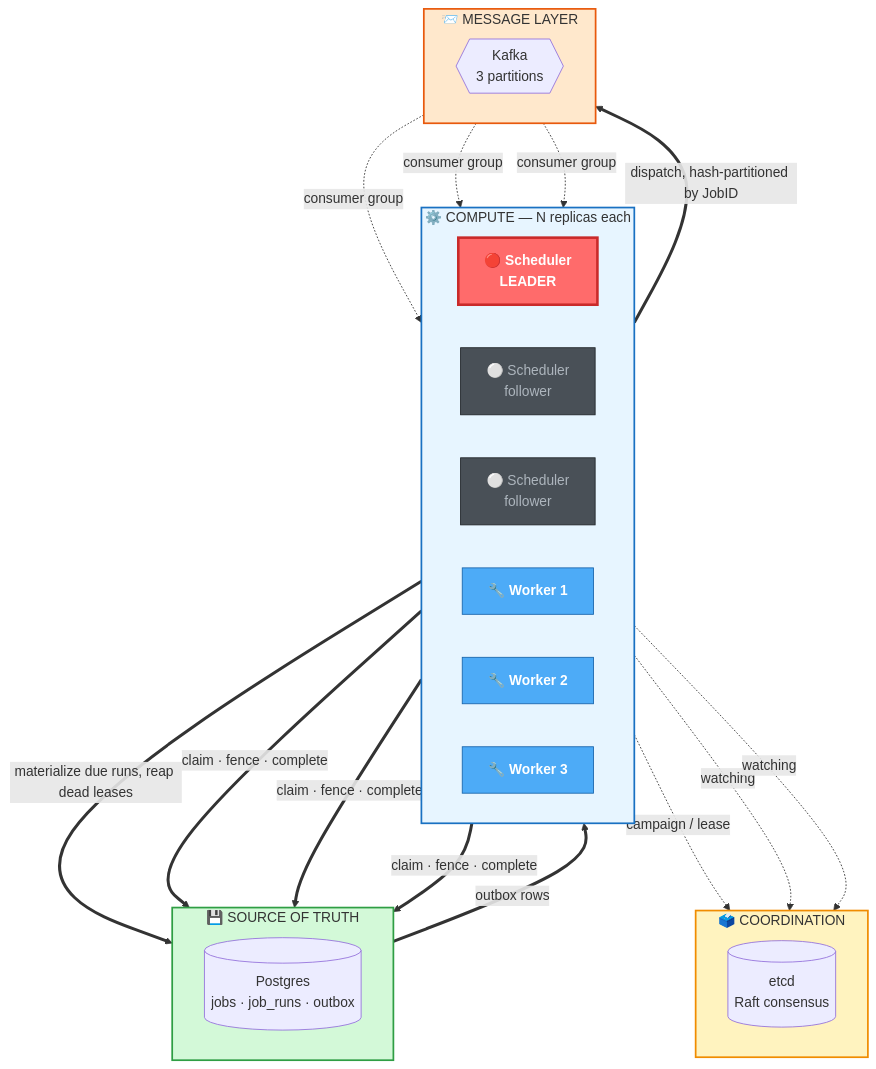
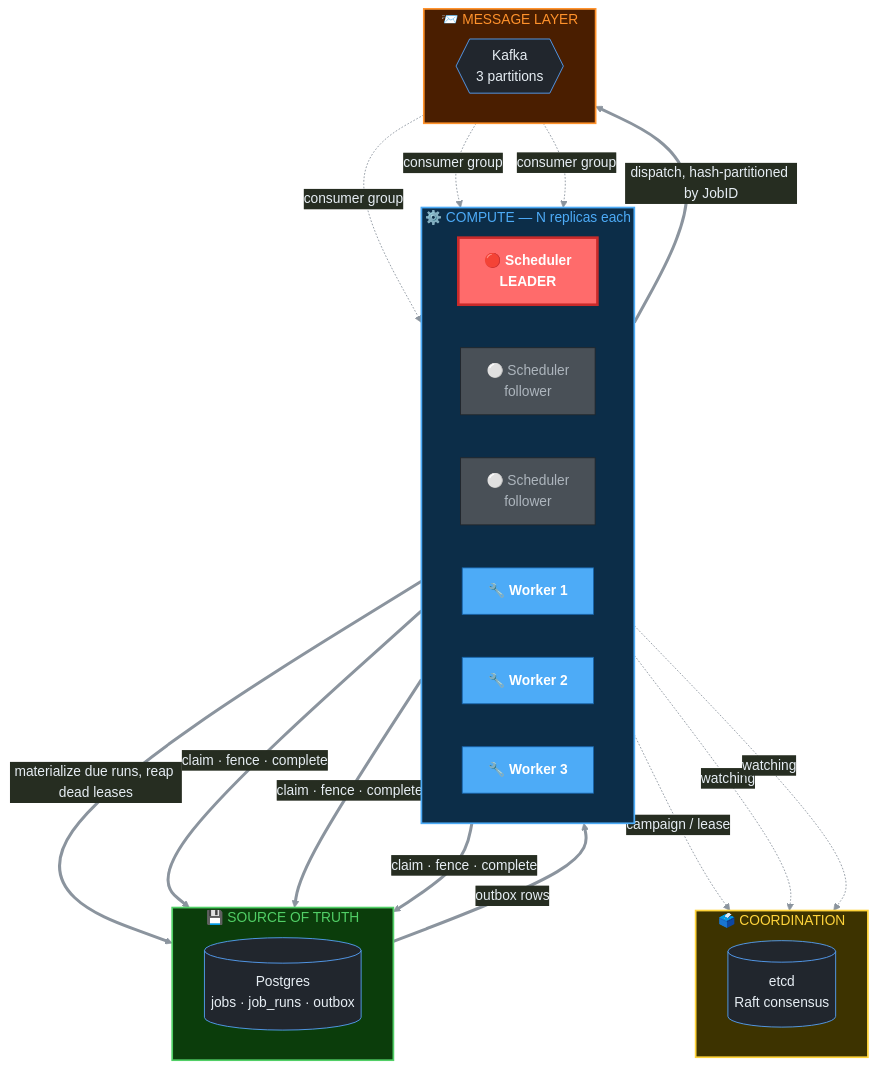
The first of 5 diagrams in README.md (VaibhavDangaich/Orbit), drawn with Mermaid before and after one commit. The commit also changed other lines of this file, not shown here.

First line of the commit message:
Fix Mermaid diagram contrast on GitHub dark mode

````diff
--- a/README.md
+++ b/README.md
@@ -13,52 +13,61 @@
 ```mermaid
+%%{init: {'theme':'base', 'themeVariables': {
+  'background': '#0d1117',
+  'primaryColor': '#21262d',
+  'primaryTextColor': '#e6edf3',
+  'primaryBorderColor': '#58a6ff',
+  'lineColor': '#8b949e',
+  'textColor': '#e6edf3',
+  'fontSize': '16px'
+}}}%%
 flowchart TB
     subgraph COORD["🗳️  COORDINATION"]
         direction LR
         ETCD[("etcd<br/>Raft consensus")]
     end
 
     subgraph COMPUTE["⚙️  COMPUTE — N replicas each"]
         direction LR
         SL["🔴 Scheduler<br/><b>LEADER</b>"]:::leader
         SF1["⚪ Scheduler<br/>follower"]:::follower
         SF2["⚪ Scheduler<br/>follower"]:::follower
         W1["🔧 Worker 1"]:::worker
         W2["🔧 Worker 2"]:::worker
         W3["🔧 Worker 3"]:::worker
     end
 
     subgraph TRUTH["💾  SOURCE OF TRUTH"]
         direction LR
         PG[("Postgres<br/>jobs · job_runs · outbox")]
     end
 
     subgraph STREAM["📨  MESSAGE LAYER"]
         direction LR
         K{{"Kafka<br/>3 partitions"}}
     end
 
     SL -. campaign / lease .-> ETCD
     SF1 -. watching .-> ETCD
     SF2 -. watching .-> ETCD
 
     SL ==>|"materialize due runs, reap dead leases"| PG
     PG ==>|"outbox rows"| SL
     SL ==>|"dispatch, hash-partitioned by JobID"| K
 
     K -. consumer group .-> W1
     K -. consumer group .-> W2
     K -. consumer group .-> W3
 
     W1 ==>|"claim · fence · complete"| PG
     W2 ==>|"claim · fence · complete"| PG
     W3 ==>|"claim · fence · complete"| PG
 
     classDef leader fill:#ff6b6b,stroke:#c92a2a,stroke-width:3px,color:#fff,font-weight:bold
     classDef follower fill:#495057,stroke:#212529,color:#adb5bd
     classDef worker fill:#4dabf7,stroke:#1864ab,color:#fff,font-weight:bold
 
-    style COORD fill:#fff3bf,stroke:#f08c00,stroke-width:2px
-    style COMPUTE fill:#e7f5ff,stroke:#1971c2,stroke-width:2px
-    style TRUTH fill:#d3f9d8,stroke:#2f9e44,stroke-width:2px
-    style STREAM fill:#ffe8cc,stroke:#e8590c,stroke-width:2px
+    style COORD fill:#3d3300,stroke:#ffd43b,stroke-width:2px,color:#ffd43b
+    style COMPUTE fill:#0c2d48,stroke:#4dabf7,stroke-width:2px,color:#4dabf7
+    style TRUTH fill:#0b3d0b,stroke:#51cf66,stroke-width:2px,color:#51cf66
+    style STREAM fill:#4a1e00,stroke:#ff922b,stroke-width:2px,color:#ff922b
 ```
````
